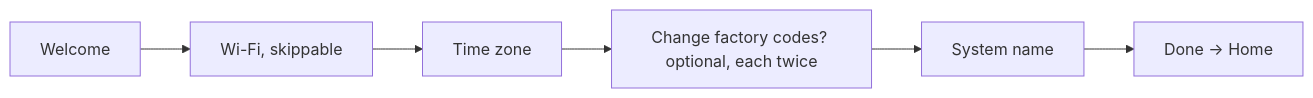
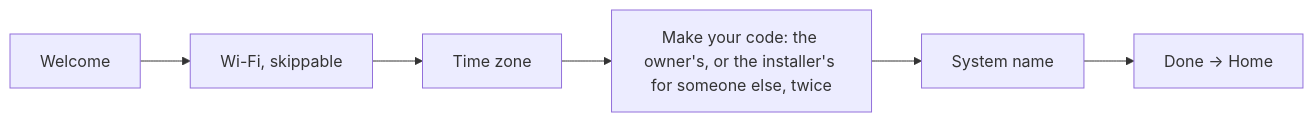
The diagram in docs/features/09-WiFi-Time-and-Provisioning/README.md (RoboAlarms/alarm-panel), drawn with Mermaid before and after one commit. The commit also changed other lines of this file and 26 other files, not shown here.

First line of the commit message:
Ship panels with no factory codes

````diff
--- a/docs/features/09-WiFi-Time-and-Provisioning/README.md
+++ b/docs/features/09-WiFi-Time-and-Provisioning/README.md
@@ -147,4 +147,4 @@
 ```mermaid
 flowchart LR
-  A[Welcome] --> C[Wi-Fi, skippable] --> D[Time zone] --> E[Change factory codes? optional, each twice] --> G[System name] --> H[Done -> Home]
+  A[Welcome] --> C[Wi-Fi, skippable] --> D[Time zone] --> E[Make your code: the owner's, or the installer's for someone else, twice] --> G[System name] --> H[Done -> Home]
 ```
````
